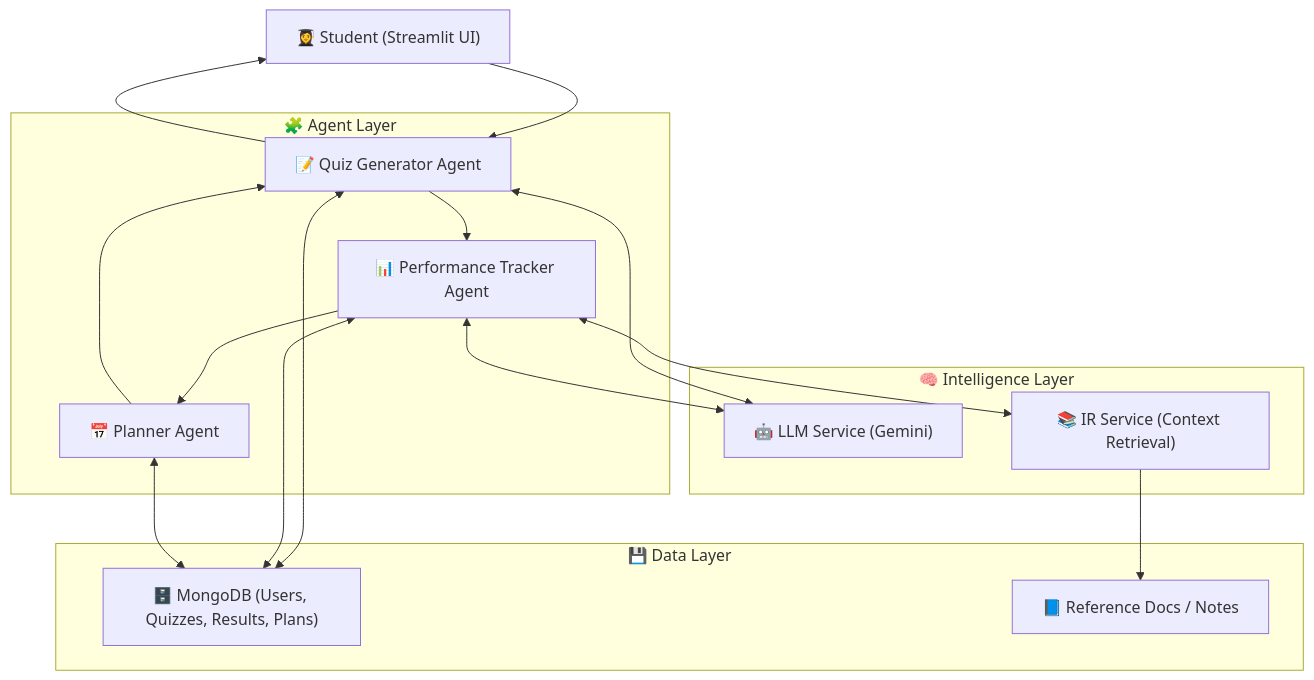
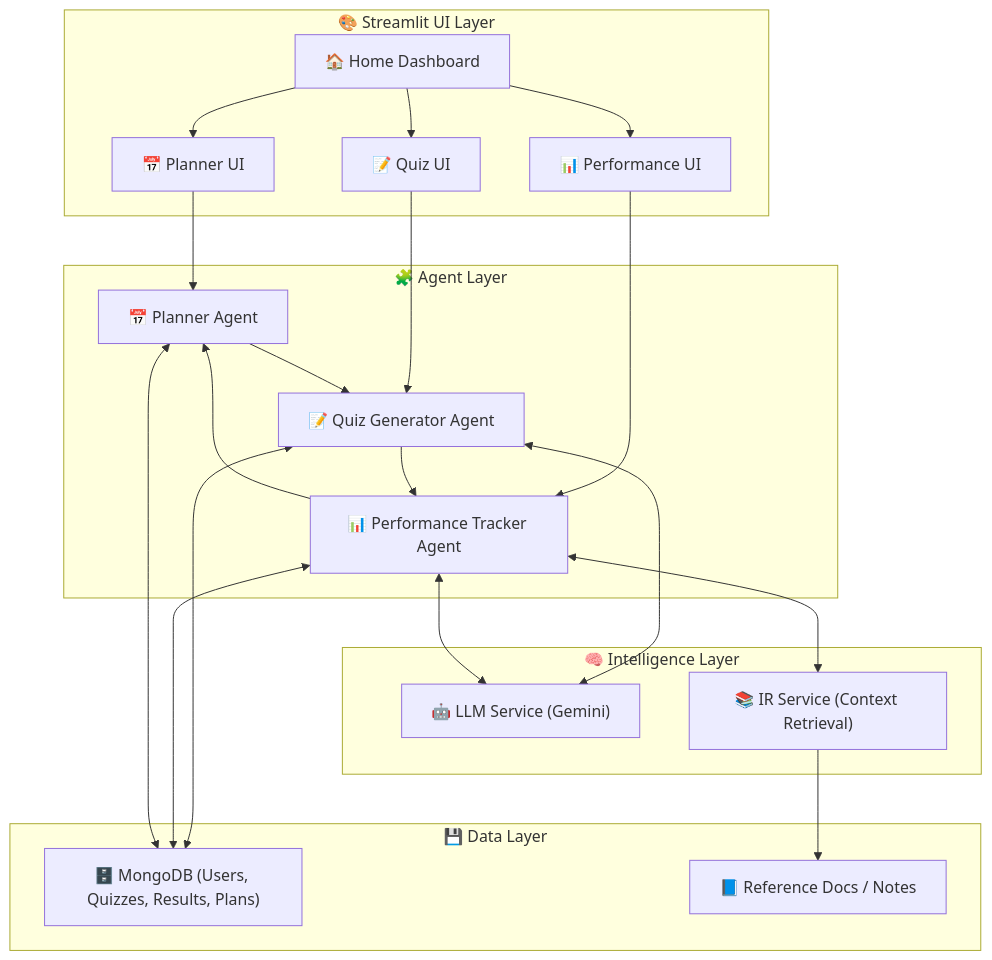
One commit to LochanaLithira/Adaptive-Exam-Preparation-AI changed the diagram in README.md. Above: the diagram before and after it, drawn with Mermaid.

````diff
--- a/README.md
+++ b/README.md
@@ -24,44 +24,57 @@
 ```mermaid
 flowchart TD
     %% User Layer
-    A["👩‍🎓 Student (Streamlit UI)"]
+    subgraph UI["🎨 Streamlit UI Layer"]
+        UI_Home["🏠 Home Dashboard"]
+        UI_Planner["📅 Planner UI"]
+        UI_Quiz["📝 Quiz UI"]
+        UI_Performance["📊 Performance UI"]
+    end
 
     %% Agent Layer
     subgraph AGENTS["🧩 Agent Layer"]
         C["📝 Quiz Generator Agent"]
         D["📊 Performance Tracker Agent"]
         B["📅 Planner Agent"]
     end
 
     %% Intelligence Layer
     subgraph AI["🧠 Intelligence Layer"]
         LLM["🤖 LLM Service (Gemini)"]
         IR["📚 IR Service (Context Retrieval)"]
     end
 
     %% Data Layer
     subgraph DATA["💾 Data Layer"]
         DB["🗄️ MongoDB (Users, Quizzes, Results, Plans)"]
         DOCS["📘 Reference Docs / Notes"]
     end
 
     %% Flow
-    A --> C
-    C --> A
+    UI_Home --> UI_Planner
+    UI_Home --> UI_Quiz
+    UI_Home --> UI_Performance
+
+    %% User to Agents
+    UI_Planner --> B
+    UI_Quiz --> C
+    UI_Performance --> D
+
+    %% Agent flows
     C --> D
     D --> B
     B --> C
 
     %% Intelligence integration
     C <--> LLM
     D <--> LLM
     D <--> IR
 
     %% Data connections
     C <--> DB
     D <--> DB
     B <--> DB
     IR --> DOCS
 
 
 ```
````
